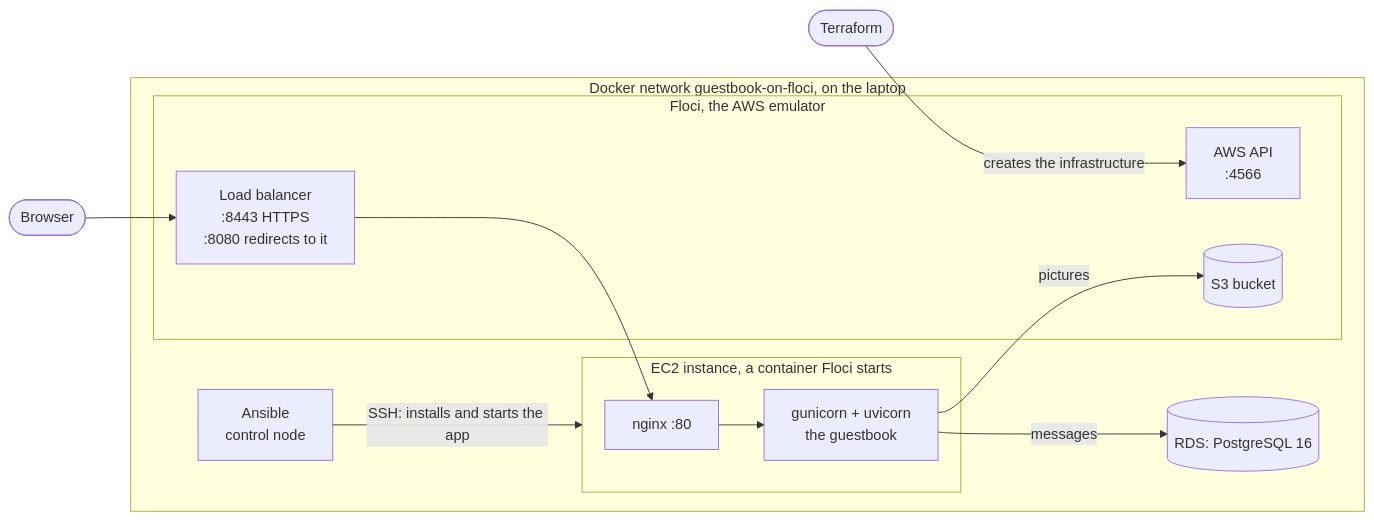
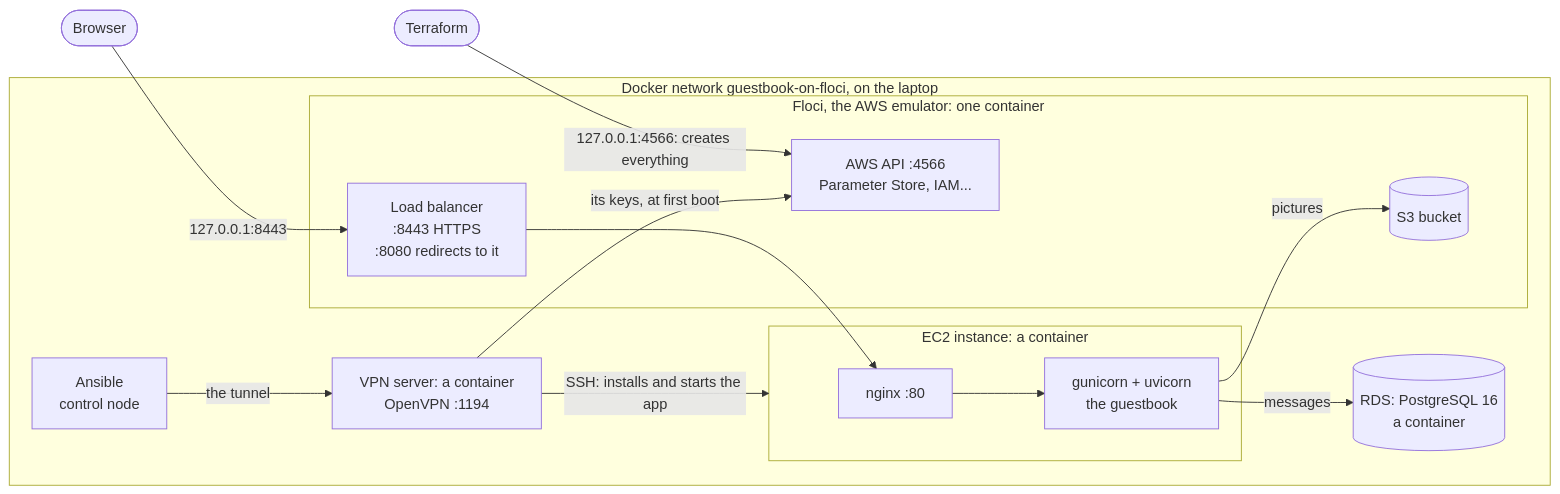
One commit to CesarBallardini/guestbook-on-floci changed the second of 3 diagrams in README.md. Above: the diagram before and after it, drawn with Mermaid. The commit also changed other lines of this file and 21 other files, not shown here.

````diff
--- a/README.md
+++ b/README.md
@@ -17,22 +78,25 @@
 ```mermaid
 flowchart LR
     browser([Browser])
     terraform([Terraform])
     subgraph laptop["Docker network guestbook-on-floci, on the laptop"]
-        subgraph floci["Floci, the AWS emulator"]
-            api["AWS API<br/>:4566"]
+        subgraph floci["Floci, the AWS emulator: one container"]
+            api["AWS API :4566<br/>Parameter Store, IAM..."]
             lb["Load balancer<br/>:8443 HTTPS<br/>:8080 redirects to it"]
             s3[("S3 bucket")]
         end
-        subgraph instance["EC2 instance, a container Floci starts"]
+        subgraph instance["EC2 instance: a container"]
             nginx["nginx :80"] --> gunicorn["gunicorn + uvicorn<br/>the guestbook"]
         end
-        rds[("RDS: PostgreSQL 16")]
+        vpn["VPN server: a container<br/>OpenVPN :1194"]
+        rds[("RDS: PostgreSQL 16<br/>a container")]
         ansible["Ansible<br/>control node"]
     end
-    browser --> lb --> nginx
+    browser -- "127.0.0.1:8443" --> lb --> nginx
     gunicorn -- messages --> rds
     gunicorn -- pictures --> s3
-    terraform -- creates the infrastructure --> api
-    ansible -- "SSH: installs and starts the app" --> instance
+    terraform -- "127.0.0.1:4566: creates everything" --> api
+    vpn -- "its keys, at first boot" --> api
+    ansible -- "the tunnel" --> vpn
+    vpn -- "SSH: installs and starts the app" --> instance
 ```
````
